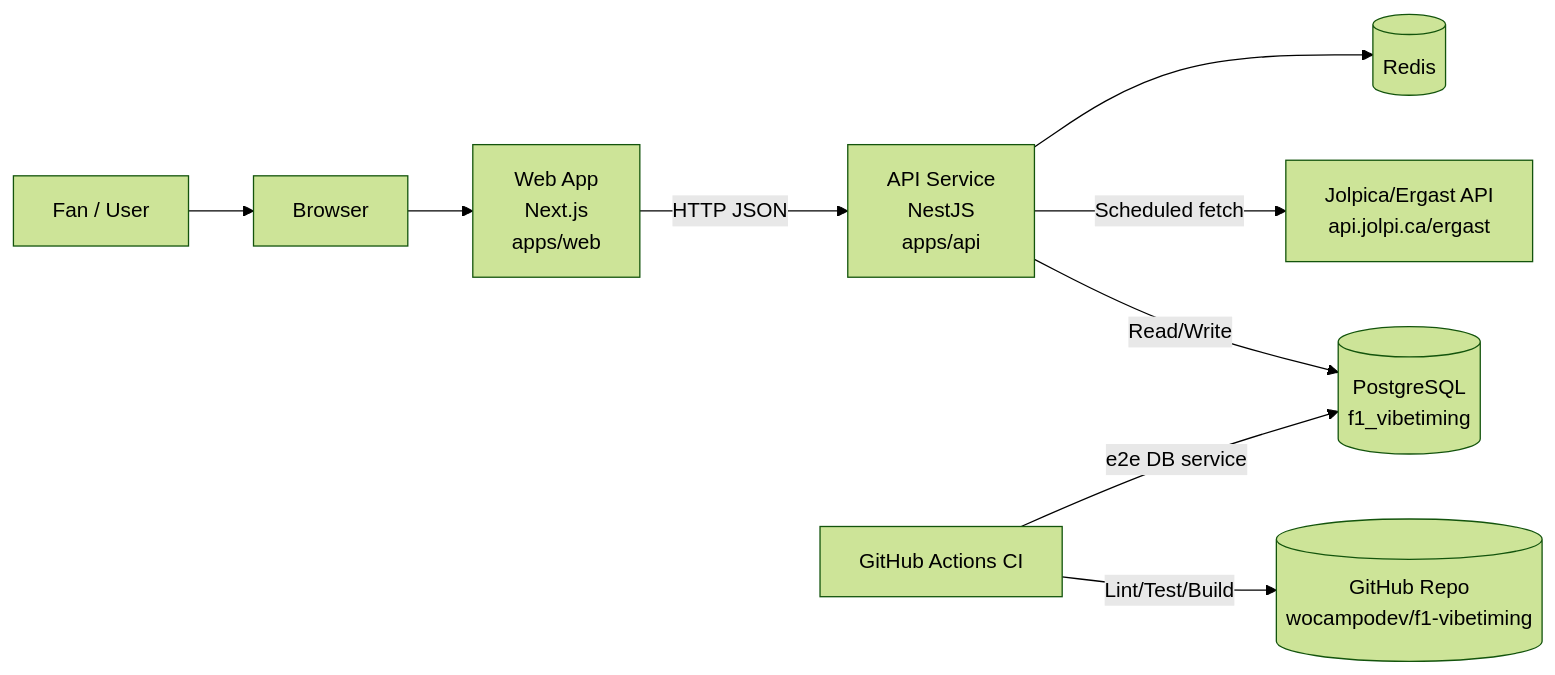
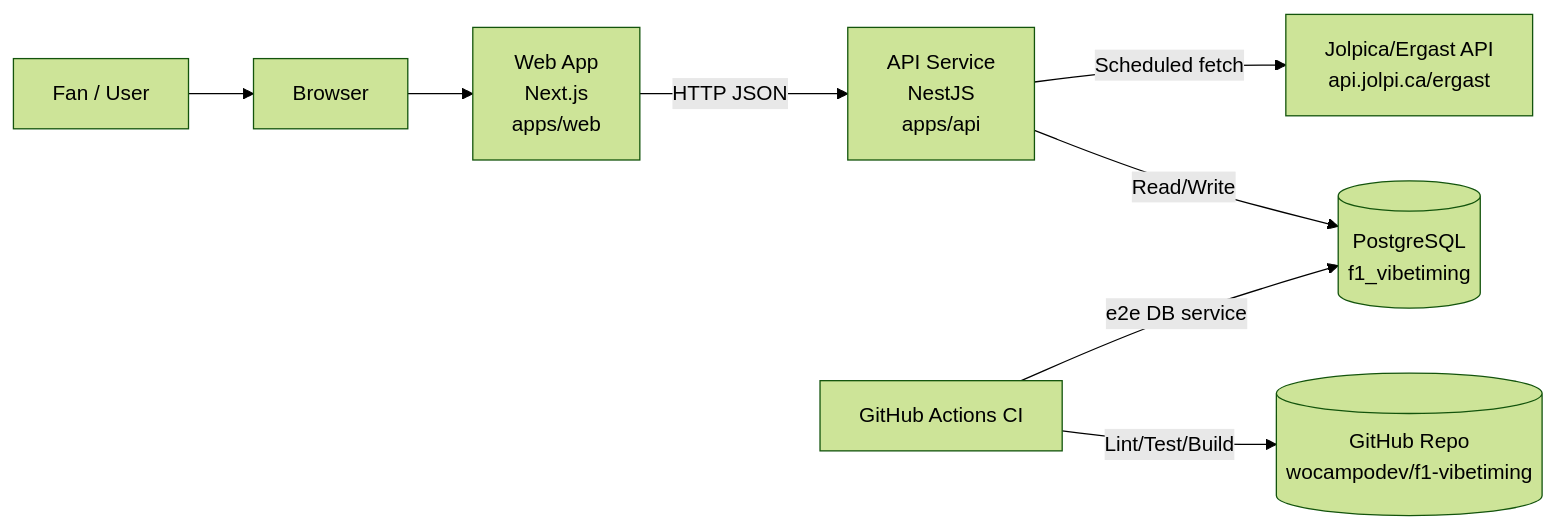
Before and after one commit to wocampodev/f1-vibetiming: the diagram in docs/architecture/01-system-context.md, drawn with Mermaid (forest theme). The commit also changed 26 other files, not shown here.

````diff
--- a/docs/architecture/01-system-context.md
+++ b/docs/architecture/01-system-context.md
@@ -5,20 +5,18 @@
 ```mermaid
 flowchart LR
   user[Fan / User]
   browser[Browser]
   web["Web App<br/>Next.js<br/>apps/web"]
   api["API Service<br/>NestJS<br/>apps/api"]
   provider["Jolpica/Ergast API<br/>api.jolpi.ca/ergast"]
   db[("PostgreSQL<br/>f1_vibetiming")]
-  cache[(Redis)]
   gha[GitHub Actions CI]
   repo[("GitHub Repo<br/>wocampodev/f1-vibetiming")]
 
   user --> browser --> web
   web -->|HTTP JSON| api
   api -->|Read/Write| db
   api -->|Scheduled fetch| provider
-  api --> cache
   gha -->|Lint/Test/Build| repo
   gha -->|e2e DB service| db
 ```
````
